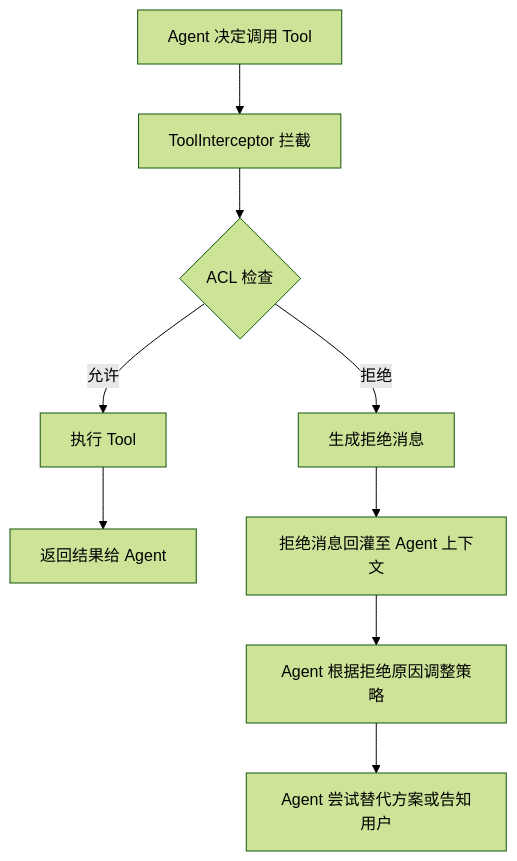
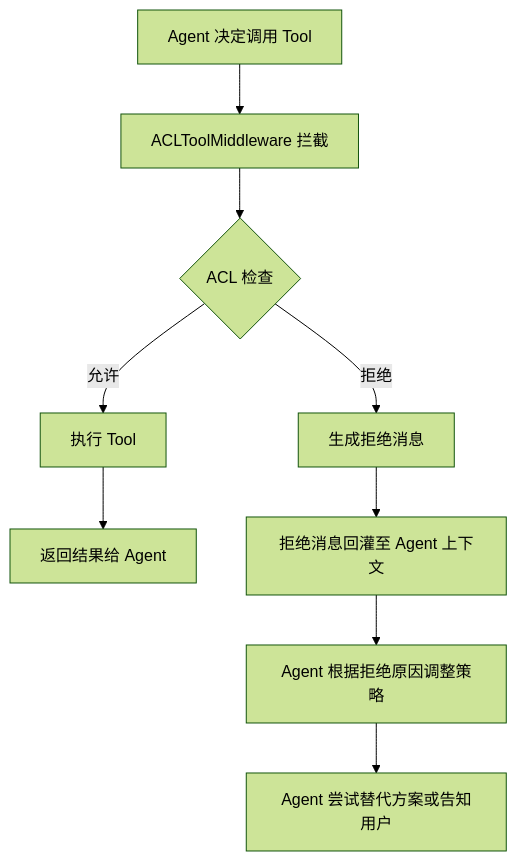
Before and after one commit to cling-2/Agent-Basic-Framework: the third of 4 diagrams in docs/DOC-01.md, drawn with Mermaid (forest theme). The commit also changed other lines of this file and 4 other files, not shown here.

````diff
--- a/docs/DOC-01.md
+++ b/docs/DOC-01.md
@@ -92,11 +94,11 @@
 ```mermaid
 flowchart TD
-    A[Agent 决定调用 Tool] --> B[ToolInterceptor 拦截]
+    A[Agent 决定调用 Tool] --> B[ACLToolMiddleware 拦截]
     B --> C{ACL 检查}
     C -->|允许| D[执行 Tool]
     D --> E[返回结果给 Agent]
     C -->|拒绝| F[生成拒绝消息]
     F --> G[拒绝消息回灌至 Agent 上下文]
     G --> H[Agent 根据拒绝原因调整策略]
     H --> I[Agent 尝试替代方案或告知用户]
 ```
````
